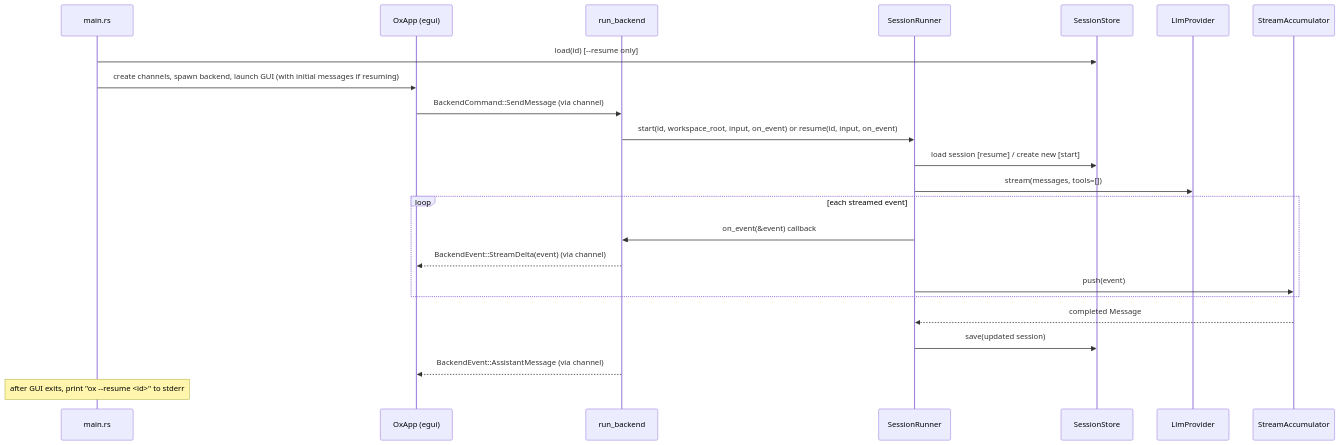
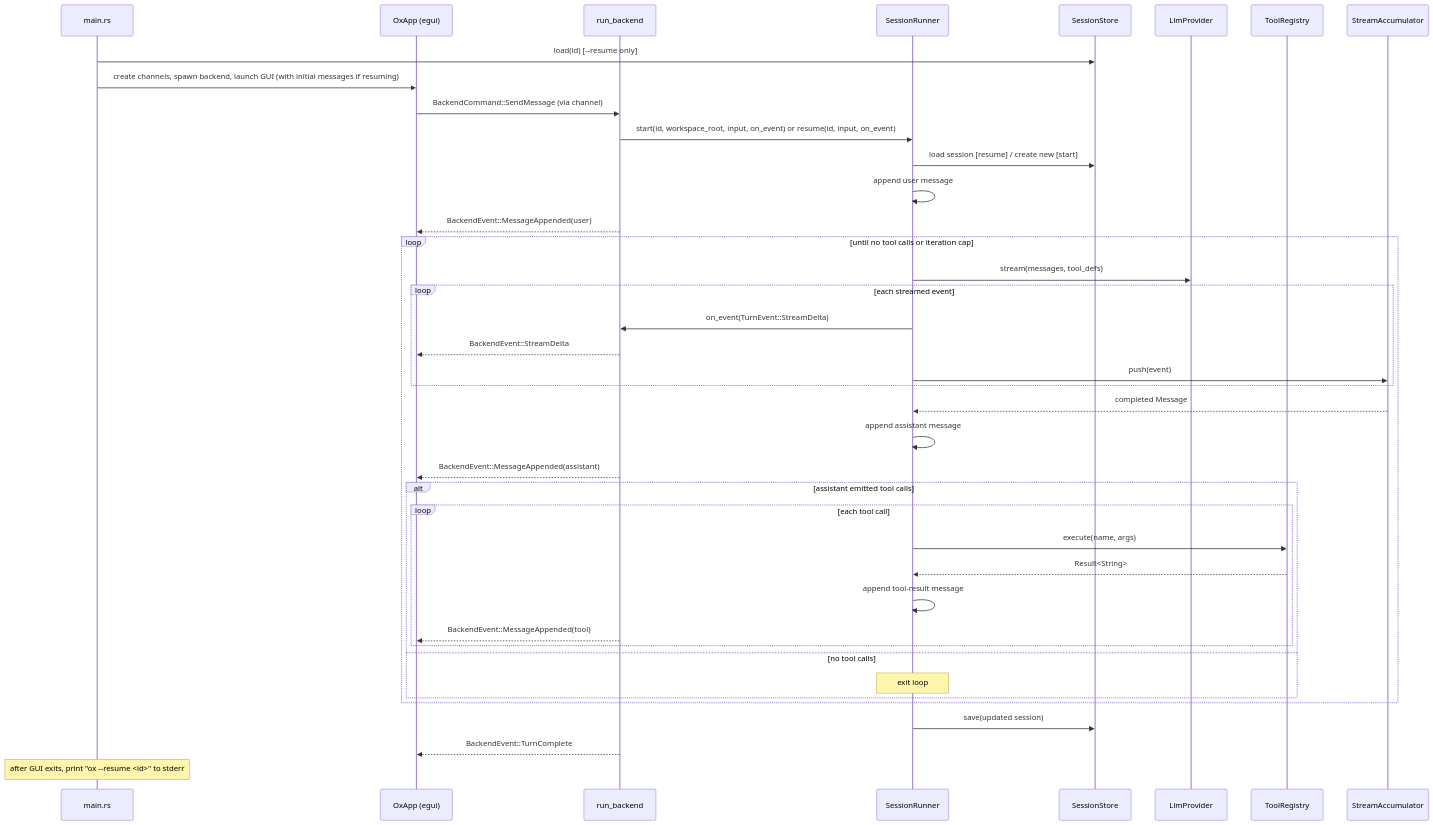
Before and after one commit to kkestell/ox-rs: the second of 2 diagrams in AGENTS.md, drawn with Mermaid. The commit also changed other lines of this file and 15 other files, not shown here.

````diff
--- a/AGENTS.md
+++ b/AGENTS.md
@@ -71,28 +71,45 @@
 ```mermaid
 sequenceDiagram
     participant M as main.rs
     participant G as OxApp (egui)
     participant BC as run_backend
     participant SR as SessionRunner
     participant SS as SessionStore
     participant LP as LlmProvider
+    participant TR as ToolRegistry
     participant ACC as StreamAccumulator
 
     M->>SS: load(id) [--resume only]
     M->>G: create channels, spawn backend, launch GUI (with initial messages if resuming)
     G->>BC: BackendCommand::SendMessage (via channel)
     BC->>SR: start(id, workspace_root, input, on_event) or resume(id, input, on_event)
     SR->>SS: load session [resume] / create new [start]
-    SR->>LP: stream(messages, tools=[])
+    SR->>SR: append user message
+    BC-->>G: BackendEvent::MessageAppended(user)
 
-    loop each streamed event
-        SR->>BC: on_event(&event) callback
-        BC-->>G: BackendEvent::StreamDelta(event) (via channel)
-        SR->>ACC: push(event)
+    loop until no tool calls or iteration cap
+        SR->>LP: stream(messages, tool_defs)
+        loop each streamed event
+            SR->>BC: on_event(TurnEvent::StreamDelta)
+            BC-->>G: BackendEvent::StreamDelta
+            SR->>ACC: push(event)
+        end
+        ACC-->>SR: completed Message
+        SR->>SR: append assistant message
+        BC-->>G: BackendEvent::MessageAppended(assistant)
+        alt assistant emitted tool calls
+            loop each tool call
+                SR->>TR: execute(name, args)
+                TR-->>SR: Result<String>
+                SR->>SR: append tool-result message
+                BC-->>G: BackendEvent::MessageAppended(tool)
+            end
+        else no tool calls
+            Note over SR: exit loop
+        end
     end
 
-    ACC-->>SR: completed Message
     SR->>SS: save(updated session)
-    BC-->>G: BackendEvent::AssistantMessage (via channel)
+    BC-->>G: BackendEvent::TurnComplete
     Note over M: after GUI exits, print "ox --resume <id>" to stderr
 ```
````
